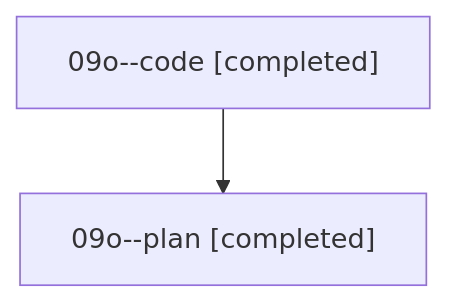
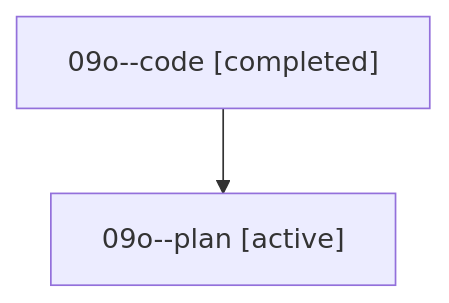
One commit to sase-org/sase--agents changed the diagram in families/bbugyi200.athena.09o.md. Above: the diagram before and after it, drawn with Mermaid. The commit also changed other lines of this file and 35830 other files, not shown here.

````diff
--- a/families/bbugyi200.athena.09o.md
+++ b/families/bbugyi200.athena.09o.md
@@ -9,6 +9,6 @@
 ```mermaid
 flowchart TD
   n0["09o--code [completed]"]
-  n1["09o--plan [completed]"]
+  n1["09o--plan [active]"]
   n0 --> n1
 ```
````
